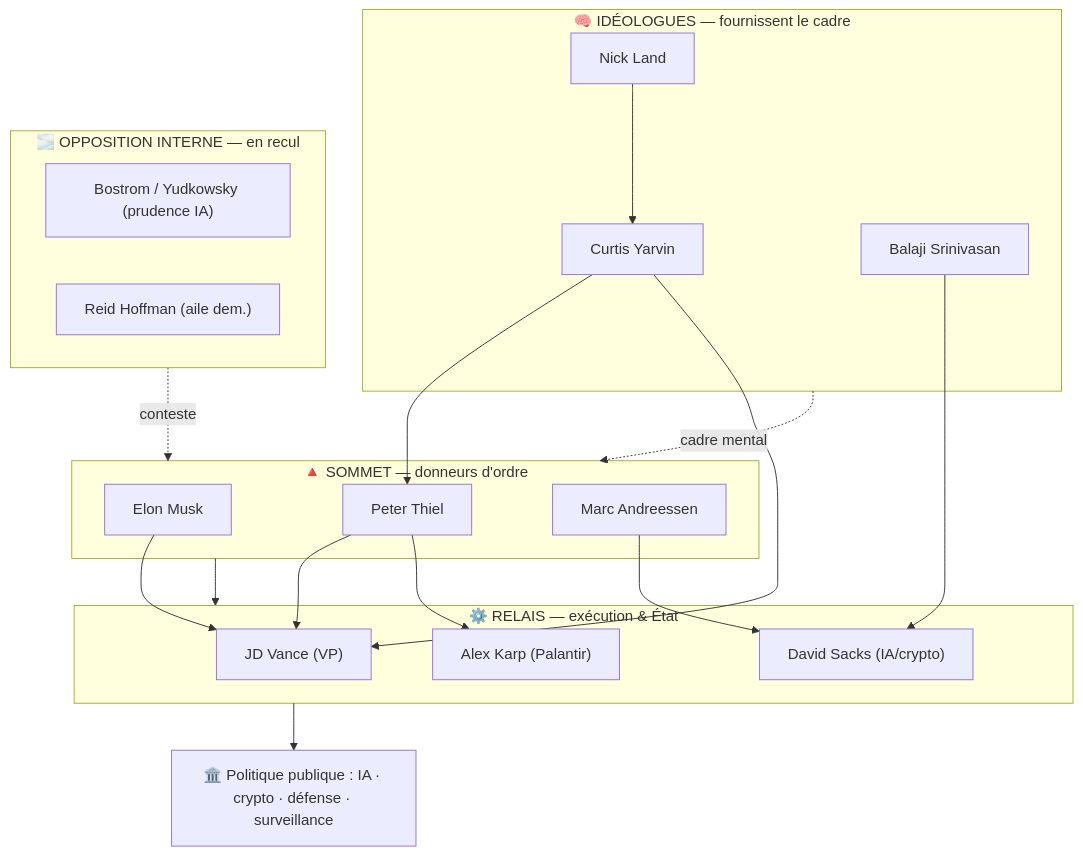
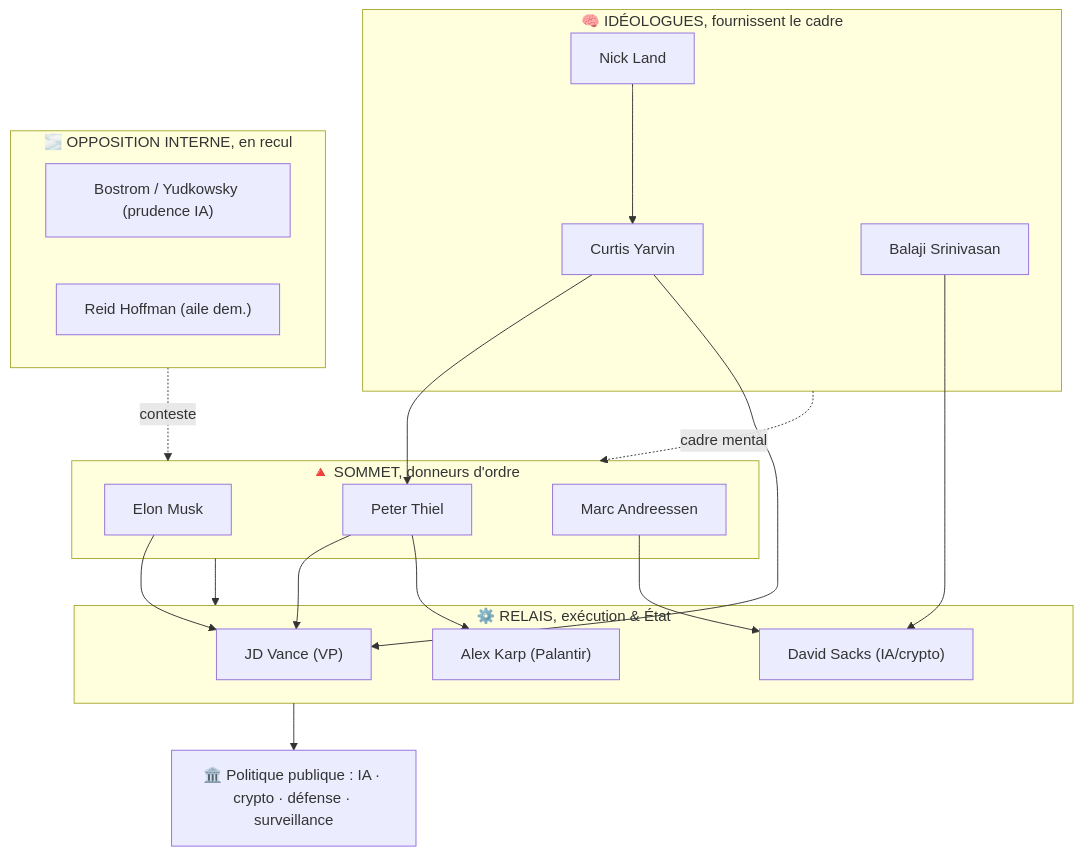
One commit to ismael-joffroy-chandoutis/ismael-joffroy-chandoutis changed the diagram in research/hierarchie-pouvoir-influence.md. Above: the diagram before and after it, drawn with Mermaid. The commit also changed other lines of this file and 57 other files, not shown here.

````diff
--- a/research/hierarchie-pouvoir-influence.md
+++ b/research/hierarchie-pouvoir-influence.md
@@ -34,32 +34,32 @@
 ```mermaid
 graph TD
-    subgraph T["🔺 SOMMET — donneurs d'ordre"]
+    subgraph T["🔺 SOMMET, donneurs d'ordre"]
         MUSK["Elon Musk"]
         THIEL["Peter Thiel"]
         AND["Marc Andreessen"]
     end
-    subgraph R["⚙️ RELAIS — exécution & État"]
+    subgraph R["⚙️ RELAIS, exécution & État"]
         VANCE["JD Vance (VP)"]
         SACKS["David Sacks (IA/crypto)"]
         KARP["Alex Karp (Palantir)"]
     end
-    subgraph I["🧠 IDÉOLOGUES — fournissent le cadre"]
+    subgraph I["🧠 IDÉOLOGUES, fournissent le cadre"]
         YARVIN["Curtis Yarvin"]
         LAND["Nick Land"]
         BALAJI["Balaji Srinivasan"]
     end
-    subgraph O["🌫️ OPPOSITION INTERNE — en recul"]
+    subgraph O["🌫️ OPPOSITION INTERNE, en recul"]
         EA["Bostrom / Yudkowsky (prudence IA)"]
         HOFF["Reid Hoffman (aile dem.)"]
     end
     LAND --> YARVIN
     YARVIN --> THIEL & VANCE
     BALAJI --> SACKS
     THIEL --> VANCE & KARP
     AND --> SACKS
     MUSK --> VANCE
     T --> R
     R --> POWER["🏛️ Politique publique : IA · crypto · défense · surveillance"]
     I -.cadre mental.-> T
     O -.conteste.-> T
 ```
````
